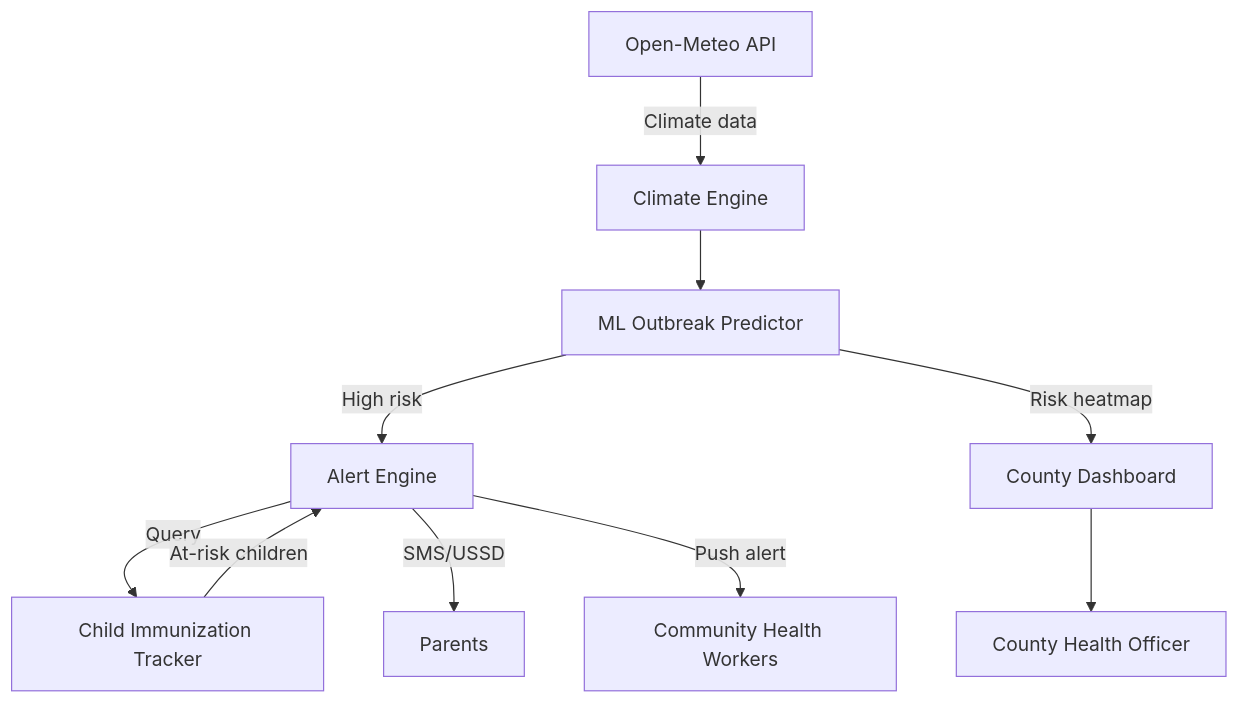
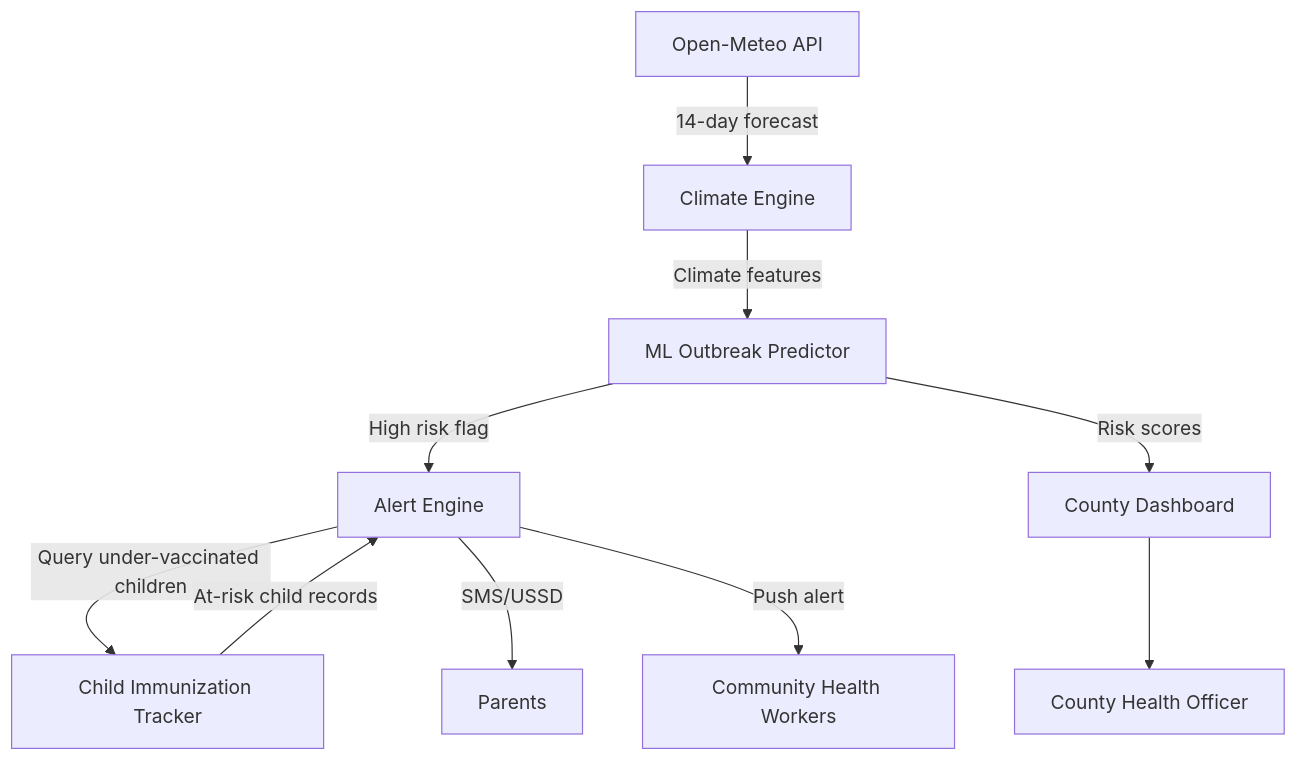
One commit to jarida-io/climateshield-ai changed the diagram in README.md. Above: the diagram before and after it, drawn with Mermaid. The commit also changed other lines of this file and 1 other file, not shown here.

````diff
--- a/README.md
+++ b/README.md
@@ -25,12 +48,12 @@
 ```mermaid
 flowchart TD
-    A[Open-Meteo API] -->|Climate data| B[Climate Engine]
-    B --> D[ML Outbreak Predictor]
-    D -->|High risk| F[Alert Engine]
-    F -->|Query| H[Child Immunization Tracker]
-    H -->|At-risk children| F
+    A[Open-Meteo API] -->|14-day forecast| B[Climate Engine]
+    B -->|Climate features| D[ML Outbreak Predictor]
+    D -->|High risk flag| F[Alert Engine]
+    F -->|Query under-vaccinated children| H[Child Immunization Tracker]
+    H -->|At-risk child records| F
     F -->|SMS/USSD| I[Parents]
     F -->|Push alert| J[Community Health Workers]
-    D -->|Risk heatmap| K[County Dashboard]
+    D -->|Risk scores| K[County Dashboard]
     K --> L[County Health Officer]
 ```
````
